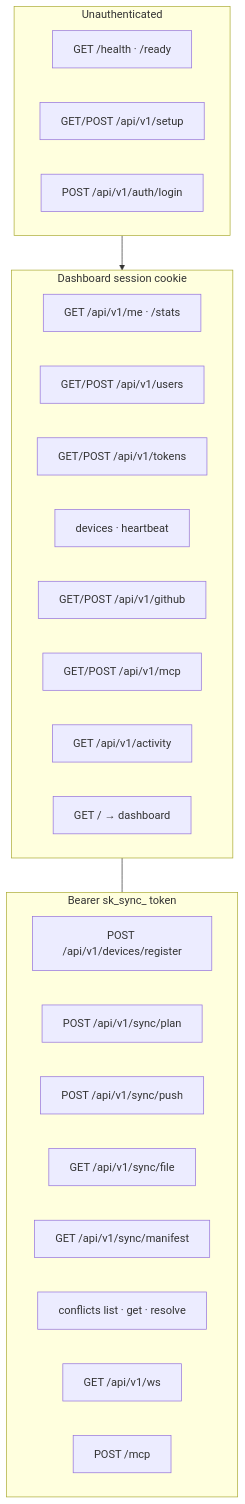
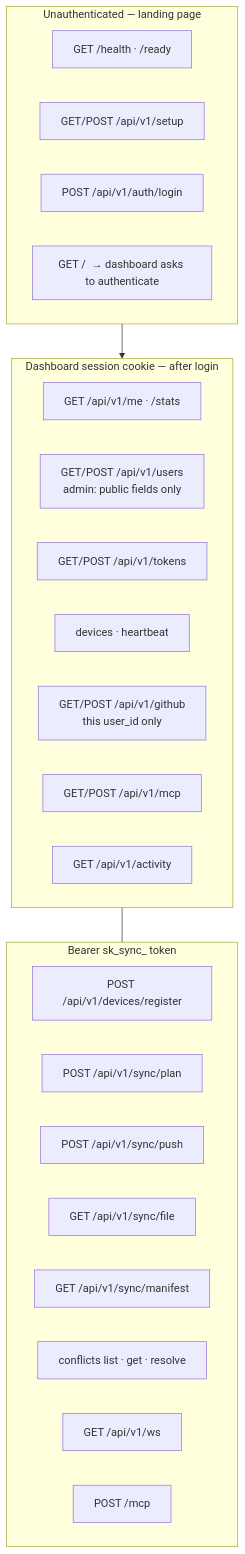
One commit to shangeethsivan/Syncidian changed the third of 13 diagrams in docs/architecture.md. Above: the diagram before and after it, drawn with Mermaid. The commit also changed other lines of this file and 6 other files, not shown here.

````diff
--- a/docs/architecture.md
+++ b/docs/architecture.md
@@ -81,33 +83,33 @@
 ```mermaid
 flowchart TB
-  subgraph public [Unauthenticated]
+  subgraph public [Unauthenticated — landing page]
     H["GET /health · /ready"]
     S1["GET/POST /api/v1/setup"]
     L["POST /api/v1/auth/login"]
+    UI["GET /  → dashboard asks to authenticate"]
   end
 
-  subgraph session [Dashboard session cookie]
+  subgraph session [Dashboard session cookie — after login]
     Me["GET /api/v1/me · /stats"]
-    Users["GET/POST /api/v1/users"]
+    Users["GET/POST /api/v1/users<br/>admin: public fields only"]
     Tokens["GET/POST /api/v1/tokens"]
     Dev["devices · heartbeat"]
-    GH["GET/POST /api/v1/github"]
+    GH["GET/POST /api/v1/github<br/>this user_id only"]
     MCPCfg["GET/POST /api/v1/mcp"]
     Act["GET /api/v1/activity"]
-    UI["GET /  → dashboard"]
   end
 
   subgraph plugin [Bearer sk_sync_ token]
     Reg["POST /api/v1/devices/register"]
     Plan["POST /api/v1/sync/plan"]
     Push["POST /api/v1/sync/push"]
     File["GET /api/v1/sync/file"]
     Man["GET /api/v1/sync/manifest"]
     Conf["conflicts list · get · resolve"]
     Sock["GET /api/v1/ws"]
     MCP["POST /mcp"]
   end
 
   public --> session
   session --- plugin
 ```
````
